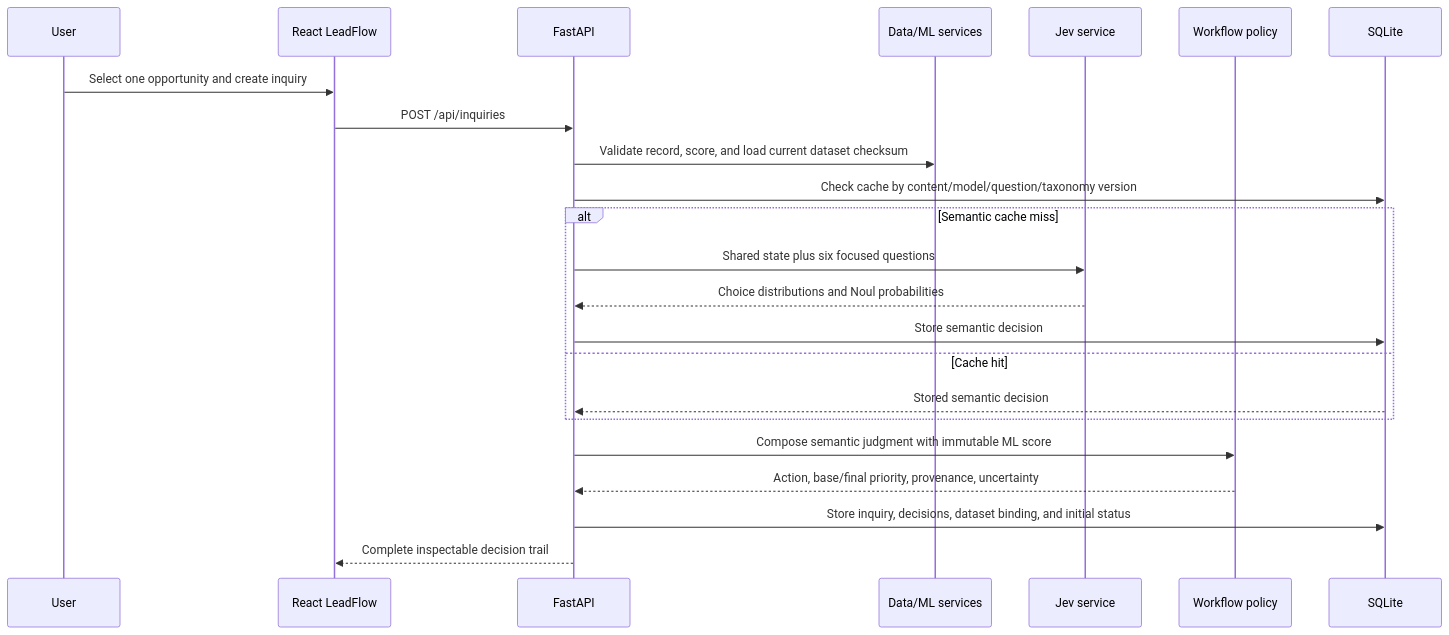
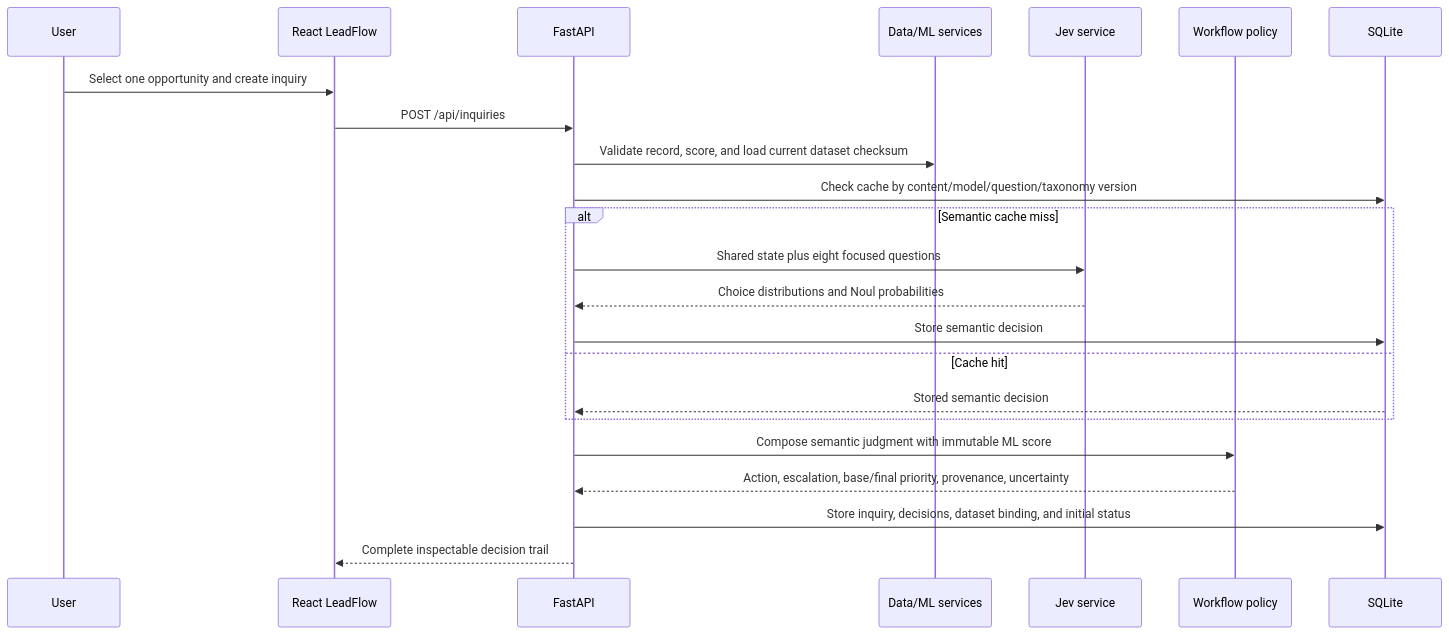
Before and after one commit to sandeeppanem/genai-lead-scoring-agent: the fourth of 5 diagrams in docs/hybrid-architecture.md, drawn with Mermaid. The commit also changed other lines of this file and 14 other files, not shown here.

Commit message:
Add Jev escalation and confirmation decision traces

````diff
--- a/docs/hybrid-architecture.md
+++ b/docs/hybrid-architecture.md
@@ -223,26 +245,26 @@
 ```mermaid
 sequenceDiagram
     participant User
     participant UI as React LeadFlow
     participant API as FastAPI
     participant Data as Data/ML services
     participant Jev as Jev service
     participant Policy as Workflow policy
     participant DB as SQLite
 
     User->>UI: Select one opportunity and create inquiry
     UI->>API: POST /api/inquiries
     API->>Data: Validate record, score, and load current dataset checksum
     API->>DB: Check cache by content/model/question/taxonomy version
     alt Semantic cache miss
-        API->>Jev: Shared state plus six focused questions
+        API->>Jev: Shared state plus eight focused questions
         Jev-->>API: Choice distributions and Noul probabilities
         API->>DB: Store semantic decision
     else Cache hit
         DB-->>API: Stored semantic decision
     end
     API->>Policy: Compose semantic judgment with immutable ML score
-    Policy-->>API: Action, base/final priority, provenance, uncertainty
+    Policy-->>API: Action, escalation, base/final priority, provenance, uncertainty
     API->>DB: Store inquiry, decisions, dataset binding, and initial status
     API-->>UI: Complete inspectable decision trail
 ```
````
